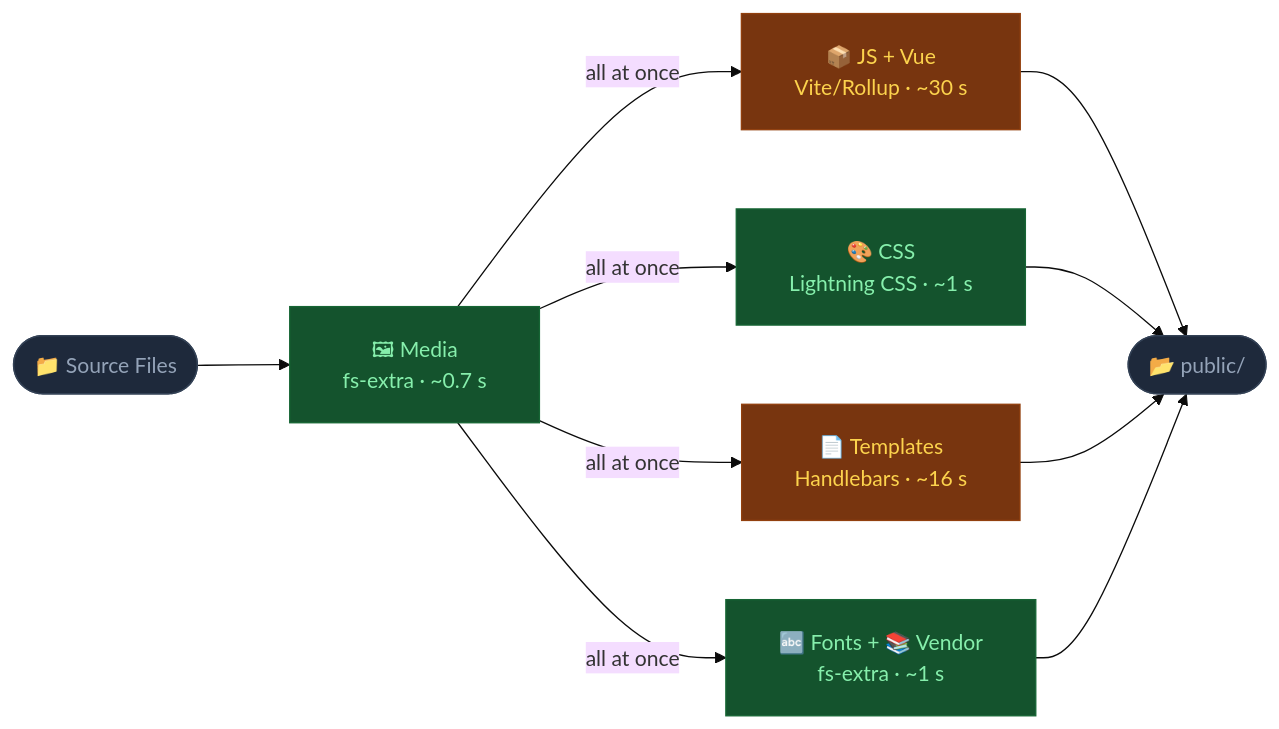
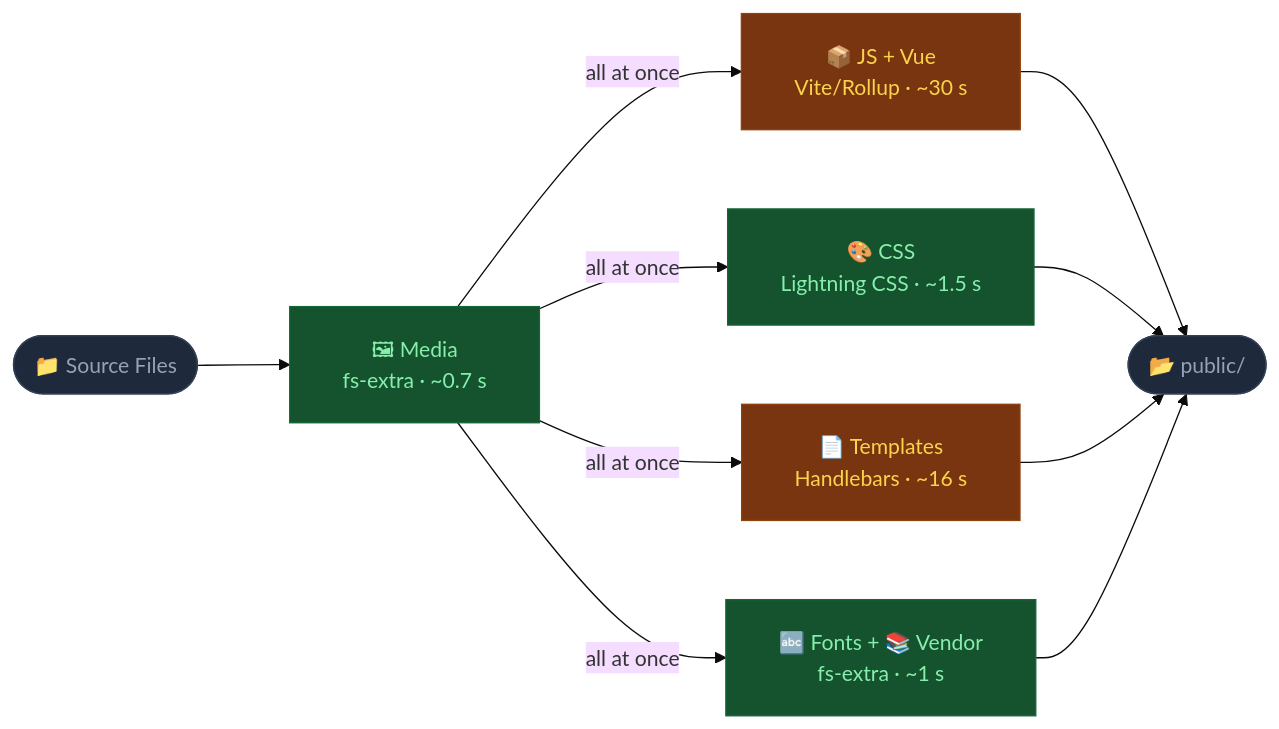
Before and after one commit to clay/claycli: the second of 5 diagrams in CLAY-VITE.md, drawn with Mermaid (base theme). The commit also changed other lines of this file and 9 other files, not shown here.

First line of the commit message:
🍕 vite: second review fixes for the Lightning CSS pipeline

````diff
--- a/CLAY-VITE.md
+++ b/CLAY-VITE.md
@@ -240,21 +240,21 @@
 ```mermaid
 %%{init: {'flowchart': {'nodeSpacing': 60, 'rankSpacing': 70, 'padding': 20}}}%%
 flowchart LR
     SRC(["📁 Source Files"]):::src
 
     N0["🖼 Media<br/>fs-extra · ~0.7 s"]:::fast
     N1["📦 JS + Vue<br/>Vite/Rollup · ~30 s"]:::med
-    N2["🎨 CSS<br/>Lightning CSS · ~1 s"]:::fast
+    N2["🎨 CSS<br/>Lightning CSS · ~1.5 s"]:::fast
     N3["📄 Templates<br/>Handlebars · ~16 s"]:::med
     N4["🔤 Fonts + 📚 Vendor<br/>fs-extra · ~1 s"]:::fast
 
     OUT(["📂 public/"]):::out
 
     SRC --> N0 -->|"all at once"| N1 & N2 & N3 & N4 --> OUT
 
     classDef src   fill:#1e293b,color:#94a3b8,stroke:#334155
     classDef out   fill:#1e293b,color:#94a3b8,stroke:#334155
     classDef slow  fill:#7f1d1d,color:#fca5a5,stroke:#991b1b
     classDef med   fill:#78350f,color:#fcd34d,stroke:#92400e
     classDef fast  fill:#14532d,color:#86efac,stroke:#166534
 ```
````
